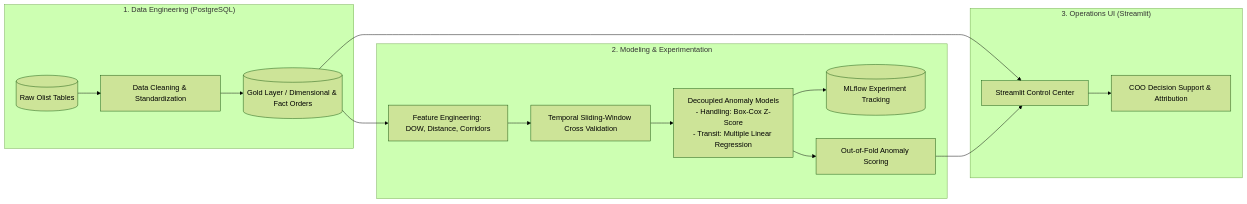
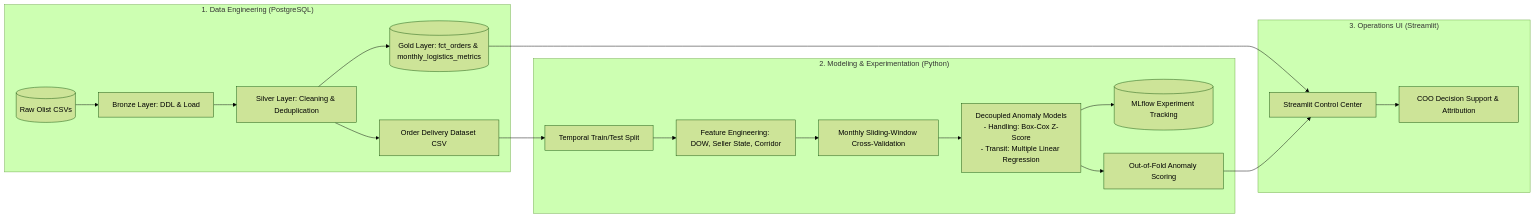
One commit to ProProcer/olist-ecommerce-analytics changed the diagram in README.md. Above: the diagram before and after it, drawn with Mermaid (forest theme). The commit also changed other lines of this file, not shown here.

````diff
--- a/README.md
+++ b/README.md
@@ -56,21 +56,24 @@
 ```mermaid
 flowchart LR
     subgraph Data["1. Data Engineering (PostgreSQL)"]
-        Raw[(Raw Olist Tables)] --> Clean[Data Cleaning & Standardization]
-        Clean --> DimFact[(Gold Layer / Dimensional & Fact Orders)]
+        Raw[(Raw Olist CSVs)] --> Bronze[Bronze Layer: DDL & Load]
+        Bronze --> Silver[Silver Layer: Cleaning & Deduplication]
+        Silver --> Export[Order Delivery Dataset CSV]
+        Silver --> Gold[(Gold Layer: fct_orders & monthly_logistics_metrics)]
     end
 
-    subgraph Modeling["2. Modeling & Experimentation"]
-        DimFact --> Features[Feature Engineering: DOW, Distance, Corridors]
-        Features --> Split[Temporal Sliding-Window Cross Validation]
-        Split --> ML[Decoupled Anomaly Models\n- Handling: Box-Cox Z-Score\n- Transit: Multiple Linear Regression]
+    subgraph Modeling["2. Modeling & Experimentation (Python)"]
+        Export --> Split[Temporal Train/Test Split]
+        Split --> Features[Feature Engineering: DOW, Seller State, Corridor]
+        Features --> CV[Monthly Sliding-Window Cross-Validation]
+        CV --> ML[Decoupled Anomaly Models\n- Handling: Box-Cox Z-Score\n- Transit: Multiple Linear Regression]
         ML --> MLflow[(MLflow Experiment Tracking)]
         ML --> OOF[Out-of-Fold Anomaly Scoring]
     end
 
     subgraph UI["3. Operations UI (Streamlit)"]
-        DimFact --> App[Streamlit Control Center]
+        Gold --> App[Streamlit Control Center]
         OOF --> App
         App --> Exec[COO Decision Support & Attribution]
     end
 ```
````
